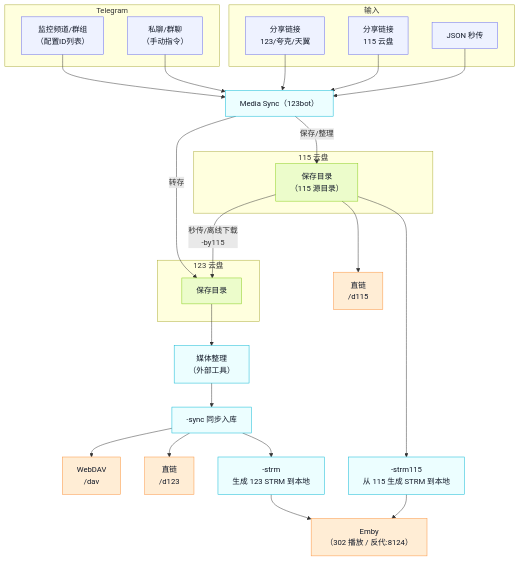
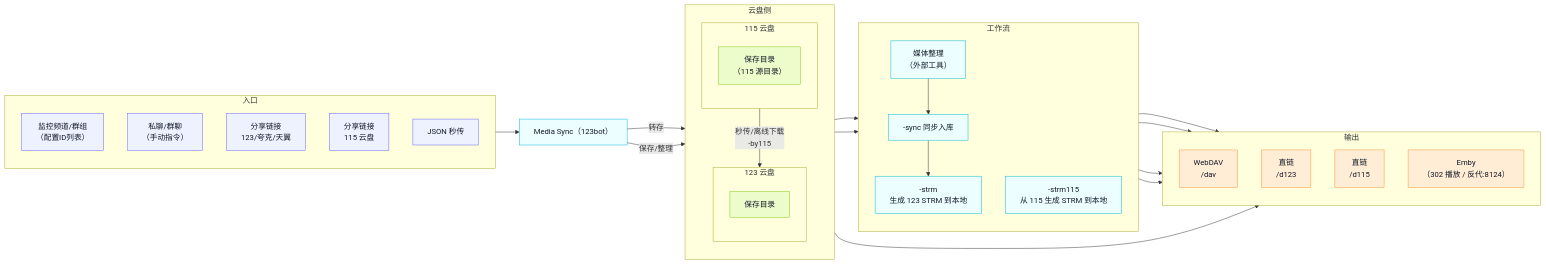
The diagram in README.md (DinDing1/123BOT), drawn with Mermaid before and after one commit. The commit also changed other lines of this file, not shown here.

````diff
--- a/README.md
+++ b/README.md
@@ -32,49 +22,63 @@
 ```mermaid
-flowchart TB
+flowchart LR
   classDef src fill:#EEF2FF,stroke:#6366F1,color:#111827;
   classDef core fill:#ECFEFF,stroke:#06B6D4,color:#111827;
   classDef store fill:#ECFCCB,stroke:#84CC16,color:#111827;
   classDef out fill:#FFEDD5,stroke:#FB923C,color:#111827;
 
-  subgraph TG[Telegram]
+  subgraph ENTRY[入口]
+    direction TB
     MON[监控频道/群组<br/>（配置ID列表）]:::src
     MAN[私聊/群聊<br/>（手动指令）]:::src
-  end
-
-  subgraph IN[输入]
     LINK123[分享链接<br/>123/夸克/天翼]:::src
     LINK115[分享链接<br/>115 云盘]:::src
     JSON[JSON 秒传]:::src
   end
 
   BOT[Media Sync（123bot）]:::core
 
-  MON --> BOT
-  MAN --> BOT
-  LINK123 --> BOT
-  LINK115 --> BOT
-  JSON --> BOT
-
-  subgraph CLOUD115[115 云盘]
-    SAVE115[保存目录<br/>（115 源目录）]:::store
+  subgraph CLOUDS[云盘侧]
+    direction TB
+    subgraph CLOUD115[115 云盘]
+      direction TB
+      SAVE115[保存目录<br/>（115 源目录）]:::store
+    end
+    subgraph CLOUD123[123 云盘]
+      direction TB
+      SAVE123[保存目录]:::store
+    end
   end
 
-  subgraph CLOUD123[123 云盘]
-    SAVE123[保存目录]:::store
+  subgraph FLOW[工作流]
+    direction TB
+    ORGANIZE[媒体整理<br/>（外部工具）]:::core
+    SYNC[-sync 同步入库]:::core
+    STRM123[-strm<br/>生成 123 STRM 到本地]:::core
+    STRM115[-strm115<br/>从 115 生成 STRM 到本地]:::core
   end
 
+  subgraph OUT[输出]
+    direction TB
+    DAV[WebDAV<br/>/dav]:::out
+    DL123[直链<br/>/d123]:::out
+    DL115[直链<br/>/d115]:::out
+    EMBY[Emby<br/>（302 播放 / 反代:8124）]:::out
+  end
+
+  ENTRY --> BOT
   BOT -->|转存| SAVE123
   BOT -->|保存/整理| SAVE115
   SAVE115 -->|秒传/离线下载<br/>-by115| SAVE123
 
-  SAVE123 --> ORGANIZE[媒体整理<br/>（外部工具）]:::core
-  ORGANIZE --> SYNC[-sync 同步入库]:::core
+  SAVE123 --> ORGANIZE
+  ORGANIZE --> SYNC
 
-  SYNC --> DAV[WebDAV<br/>/dav]:::out
-  SYNC --> DL123[直链<br/>/d123]:::out
-  SAVE115 --> DL115[直链<br/>/d115]:::out
-  SYNC --> STRM123[-strm<br/>生成 123 STRM 到本地]:::core
-  SAVE115 --> STRM115[-strm115<br/>从 115 生成 STRM 到本地]:::core
-  STRM123 --> EMBY[Emby<br/>（302 播放 / 反代:8124）]:::out
+  SYNC --> DAV
+  SYNC --> DL123
+  SYNC --> STRM123
+  SAVE115 --> DL115
+  SAVE115 --> STRM115
+
+  STRM123 --> EMBY
   STRM115 --> EMBY
 ```
````
